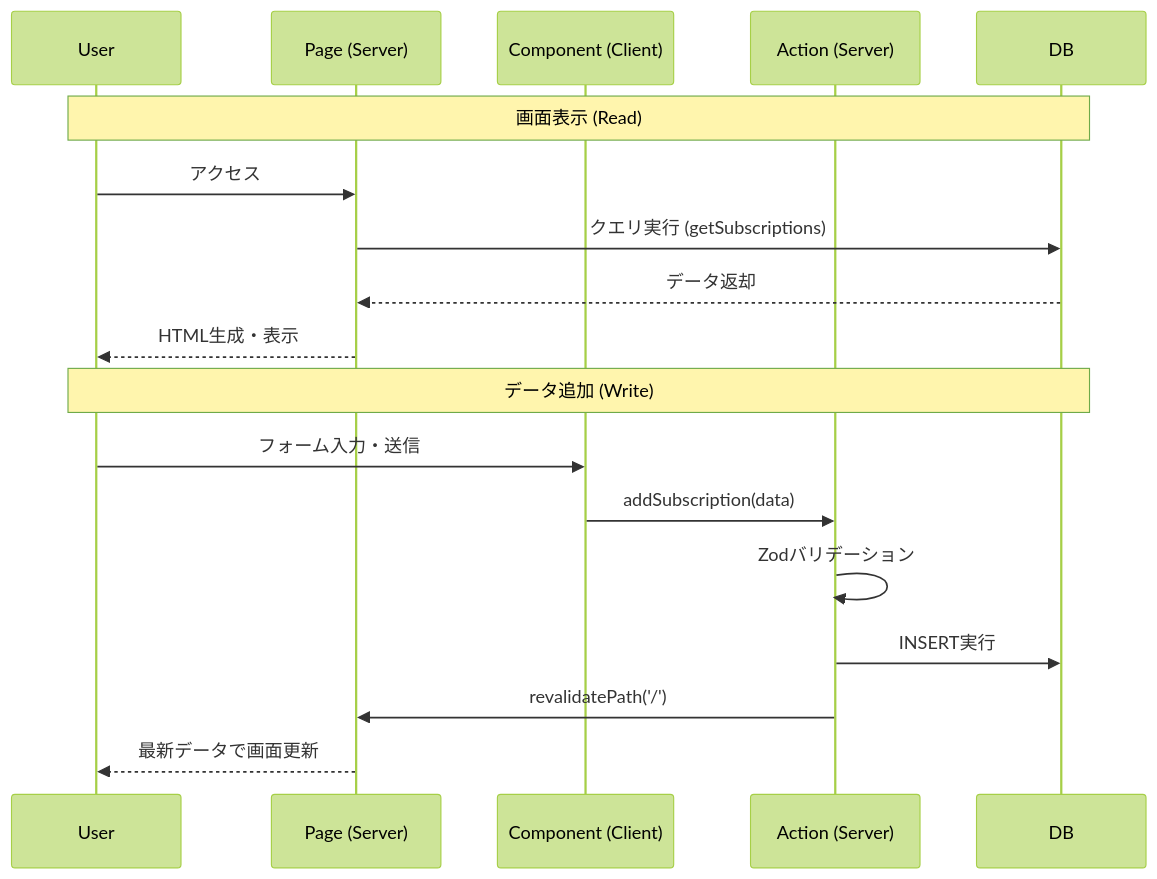
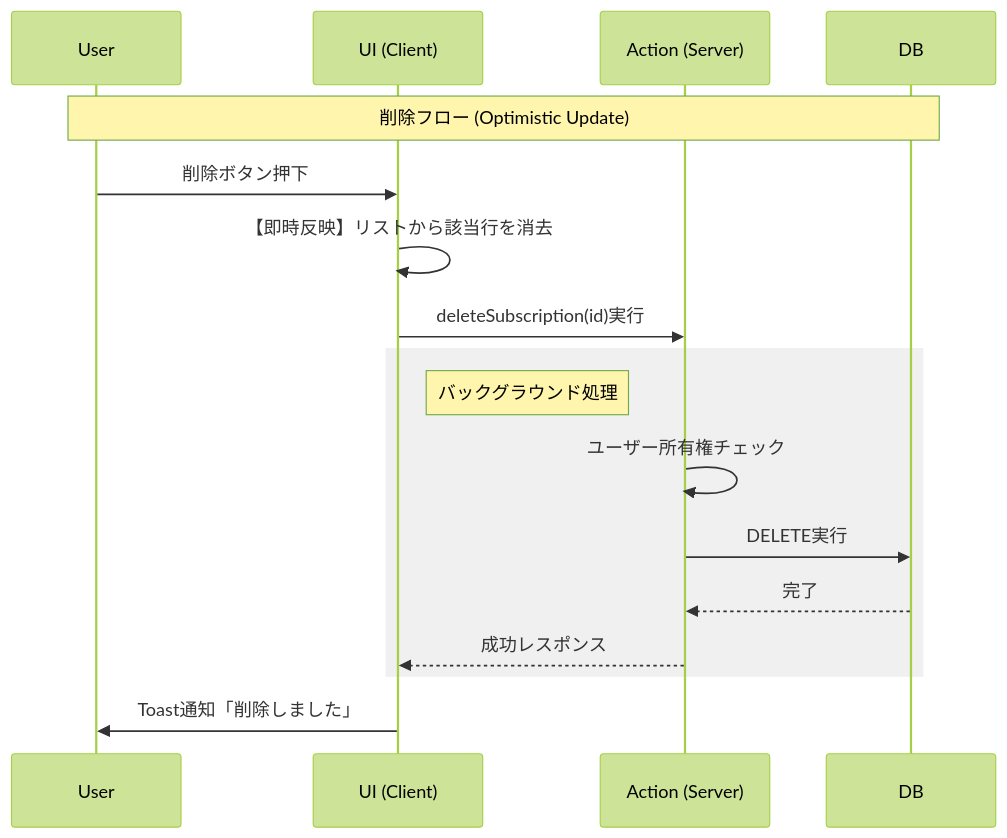
The diagram in README.md (SeoliWorks/Subscription-Manager), drawn with Mermaid (forest theme) before and after one commit. The commit also changed other lines of this file, not shown here.

````diff
--- a/README.md
+++ b/README.md
@@ -53,22 +54,22 @@
 ```mermaid
 sequenceDiagram
     participant User
-    participant Page (Server)
-    participant Component (Client)
+    participant UI (Client)
     participant Action (Server)
     participant DB
 
-    Note over User, DB: 画面表示 (Read)
-    User->>Page (Server): アクセス
-    Page (Server)->>DB: クエリ実行 (getSubscriptions)
-    DB-->>Page (Server): データ返却
-    Page (Server)-->>User: HTML生成・表示
+    Note over User, DB: 削除フロー (Optimistic Update)
+    User->>UI (Client): 削除ボタン押下
+    UI (Client)->>UI (Client): 【即時反映】リストから該当行を消去
+    UI (Client)->>Action (Server): deleteSubscription(id)実行
+    
+    rect rgb(240, 240, 240)
+        Note right of UI (Client): バックグラウンド処理
+        Action (Server)->>Action (Server): ユーザー所有権チェック
+        Action (Server)->>DB: DELETE実行
+        DB-->>Action (Server): 完了
+        Action (Server)-->>UI (Client): 成功レスポンス
+    end
 
-    Note over User, DB: データ追加 (Write)
-    User->>Component (Client): フォーム入力・送信
-    Component (Client)->>Action (Server): addSubscription(data)
-    Action (Server)->>Action (Server): Zodバリデーション
-    Action (Server)->>DB: INSERT実行
-    Action (Server)->>Page (Server): revalidatePath('/')
-    Page (Server)-->>User: 最新データで画面更新
+    UI (Client)->>User: Toast通知「削除しました」
 ```
````
